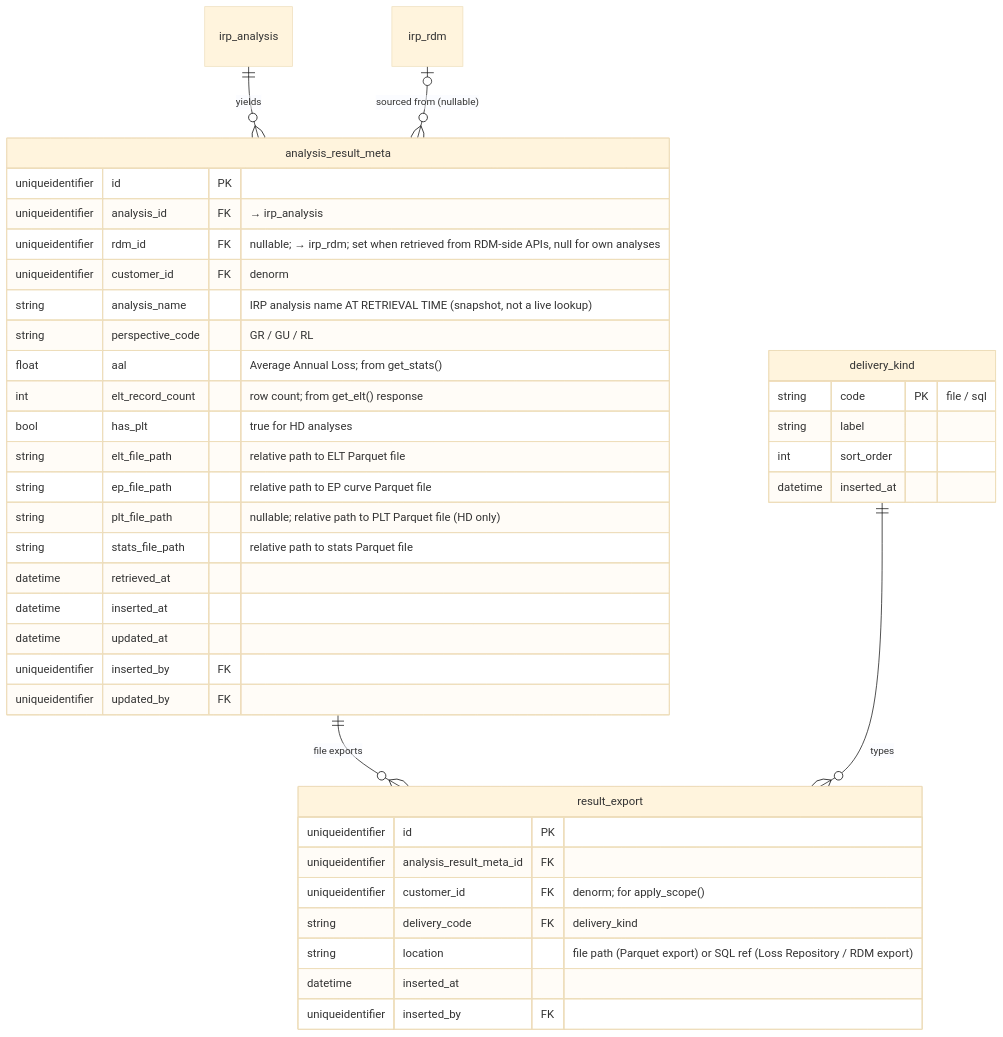
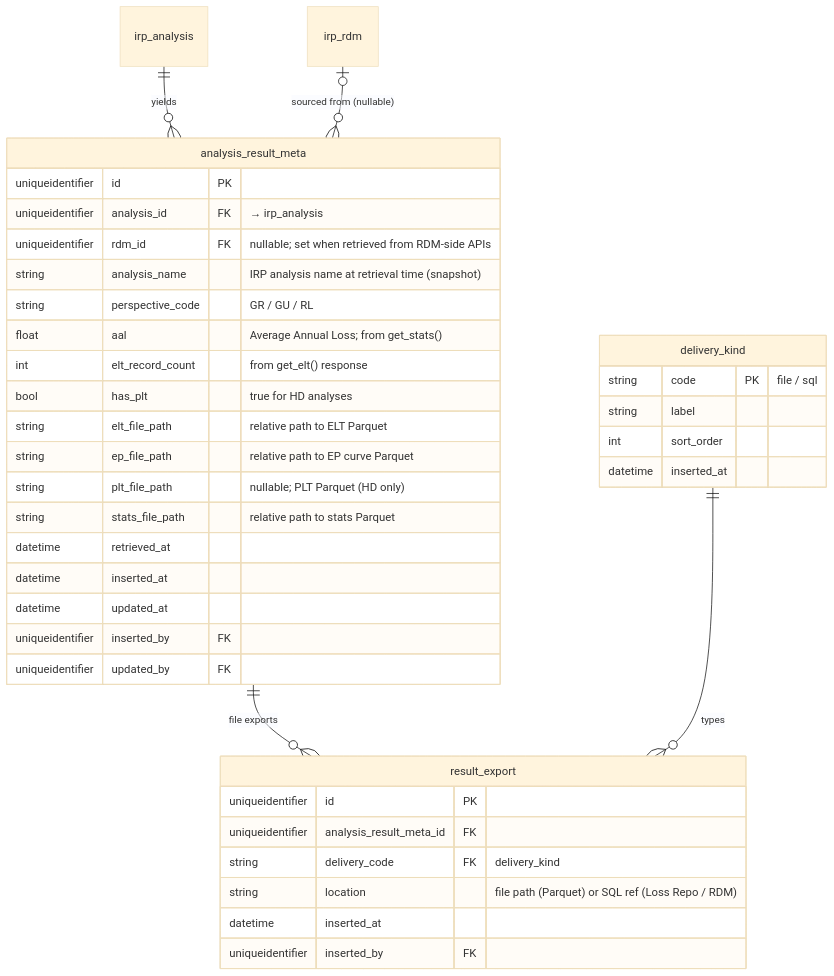
The seventh of 9 diagrams in docs/DATA_MODEL.md (anilvenugopal/risk-workbench), drawn with Mermaid (base theme) before and after one commit. The commit also changed other lines of this file and 3 other files, not shown here.

````diff
--- a/docs/DATA_MODEL.md
+++ b/docs/DATA_MODEL.md
@@ -811,43 +494,41 @@
 ```mermaid
 erDiagram
   irp_analysis ||--o{ analysis_result_meta : yields
   irp_rdm |o--o{ analysis_result_meta : "sourced from (nullable)"
   analysis_result_meta ||--o{ result_export : "file exports"
   delivery_kind ||--o{ result_export : types
 
   analysis_result_meta {
     uniqueidentifier id PK
     uniqueidentifier analysis_id FK "→ irp_analysis"
-    uniqueidentifier rdm_id FK "nullable; → irp_rdm; set when retrieved from RDM-side APIs, null for own analyses"
-    uniqueidentifier customer_id FK "denorm"
-    string analysis_name "IRP analysis name AT RETRIEVAL TIME (snapshot, not a live lookup)"
+    uniqueidentifier rdm_id FK "nullable; set when retrieved from RDM-side APIs"
+    string analysis_name "IRP analysis name at retrieval time (snapshot)"
     string perspective_code "GR / GU / RL"
     float aal "Average Annual Loss; from get_stats()"
-    int elt_record_count "row count; from get_elt() response"
+    int elt_record_count "from get_elt() response"
     bool has_plt "true for HD analyses"
-    string elt_file_path "relative path to ELT Parquet file"
-    string ep_file_path "relative path to EP curve Parquet file"
-    string plt_file_path "nullable; relative path to PLT Parquet file (HD only)"
-    string stats_file_path "relative path to stats Parquet file"
+    string elt_file_path "relative path to ELT Parquet"
+    string ep_file_path "relative path to EP curve Parquet"
+    string plt_file_path "nullable; PLT Parquet (HD only)"
+    string stats_file_path "relative path to stats Parquet"
     datetime retrieved_at
     datetime inserted_at
     datetime updated_at
     uniqueidentifier inserted_by FK
     uniqueidentifier updated_by FK
   }
   result_export {
     uniqueidentifier id PK
     uniqueidentifier analysis_result_meta_id FK
-    uniqueidentifier customer_id FK "denorm; for apply_scope()"
     string delivery_code FK "delivery_kind"
-    string location "file path (Parquet export) or SQL ref (Loss Repository / RDM export)"
+    string location "file path (Parquet) or SQL ref (Loss Repo / RDM)"
     datetime inserted_at
     uniqueidentifier inserted_by FK
   }
   delivery_kind {
     string code PK "file / sql"
     string label
     int sort_order
     datetime inserted_at
   }
 ```
````
